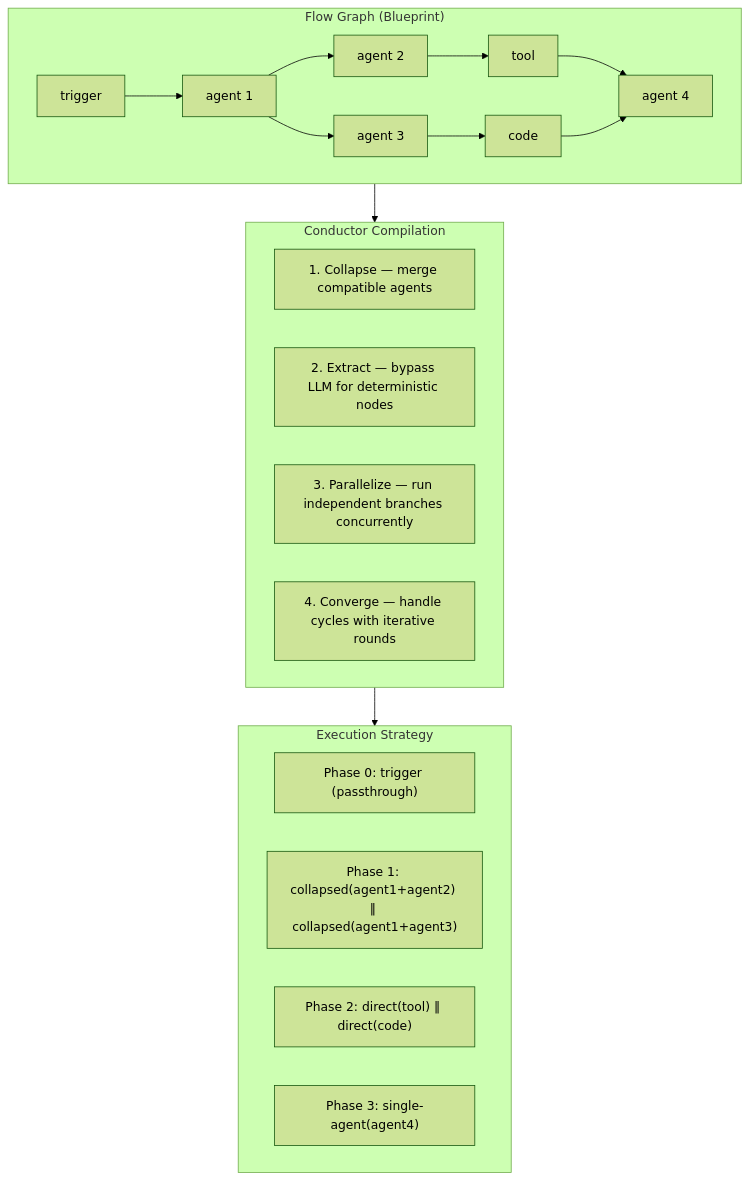
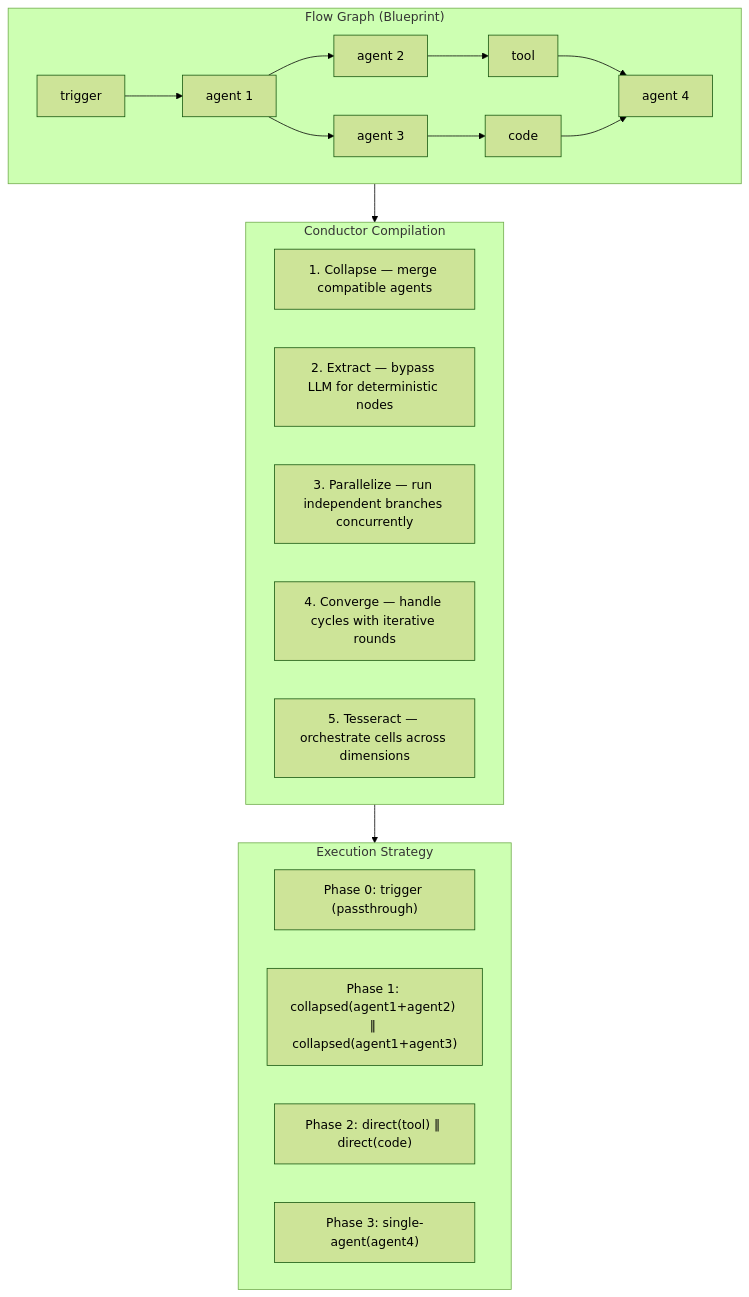
One commit to OpenPawz/openpawz changed the first of 8 diagrams in reference/conductor-protocol.mdx. Above: the diagram before and after it, drawn with Mermaid (forest theme). The commit also changed other lines of this file, not shown here.

First line of the commit message:
docs: add Mermaid diagrams and visual documentation to Tesseract primitive

````diff
--- a/reference/conductor-protocol.mdx
+++ b/reference/conductor-protocol.mdx
@@ -51,29 +51,30 @@
 ```mermaid actions={false}
 graph TD
     subgraph Input["Flow Graph (Blueprint)"]
         A["trigger"] --> B["agent 1"]
         B --> C["agent 2"]
         B --> D["agent 3"]
         C --> E["tool"]
         D --> F["code"]
         E --> G["agent 4"]
         F --> G
     end
 
     subgraph Conductor["Conductor Compilation"]
         H["1. Collapse — merge compatible agents"]
         I["2. Extract — bypass LLM for deterministic nodes"]
         J["3. Parallelize — run independent branches concurrently"]
         K["4. Converge — handle cycles with iterative rounds"]
+        K2["5. Tesseract — orchestrate cells across dimensions"]
     end
 
     subgraph Output["Execution Strategy"]
         L["Phase 0: trigger (passthrough)"]
         M["Phase 1: collapsed(agent1+agent2) ‖ collapsed(agent1+agent3)"]
         N["Phase 2: direct(tool) ‖ direct(code)"]
         O["Phase 3: single-agent(agent4)"]
     end
 
     Input --> Conductor
     Conductor --> Output
 ```
````
